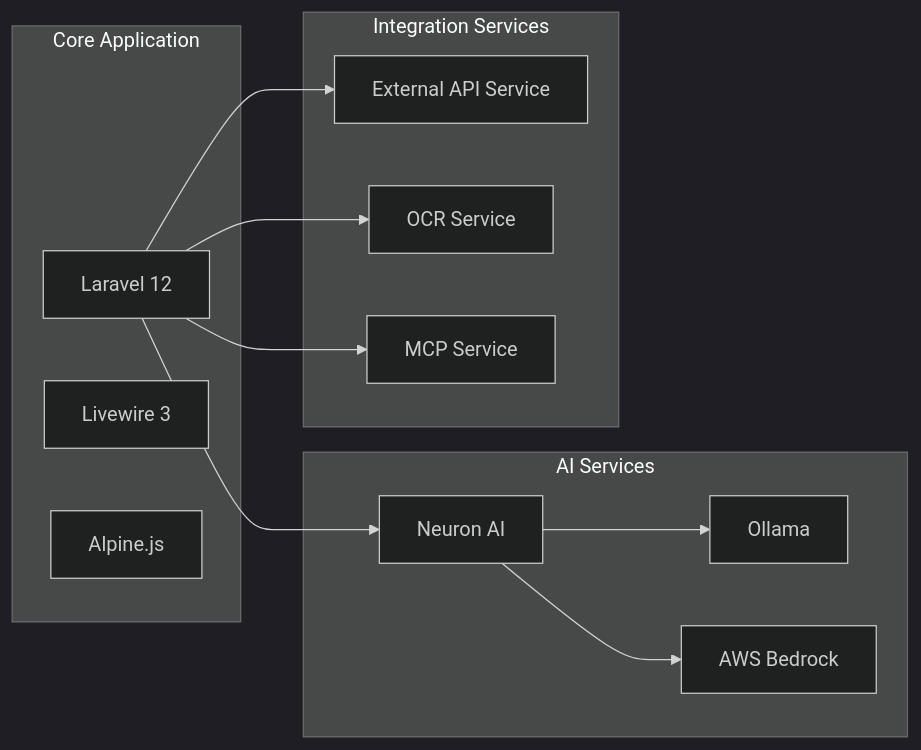
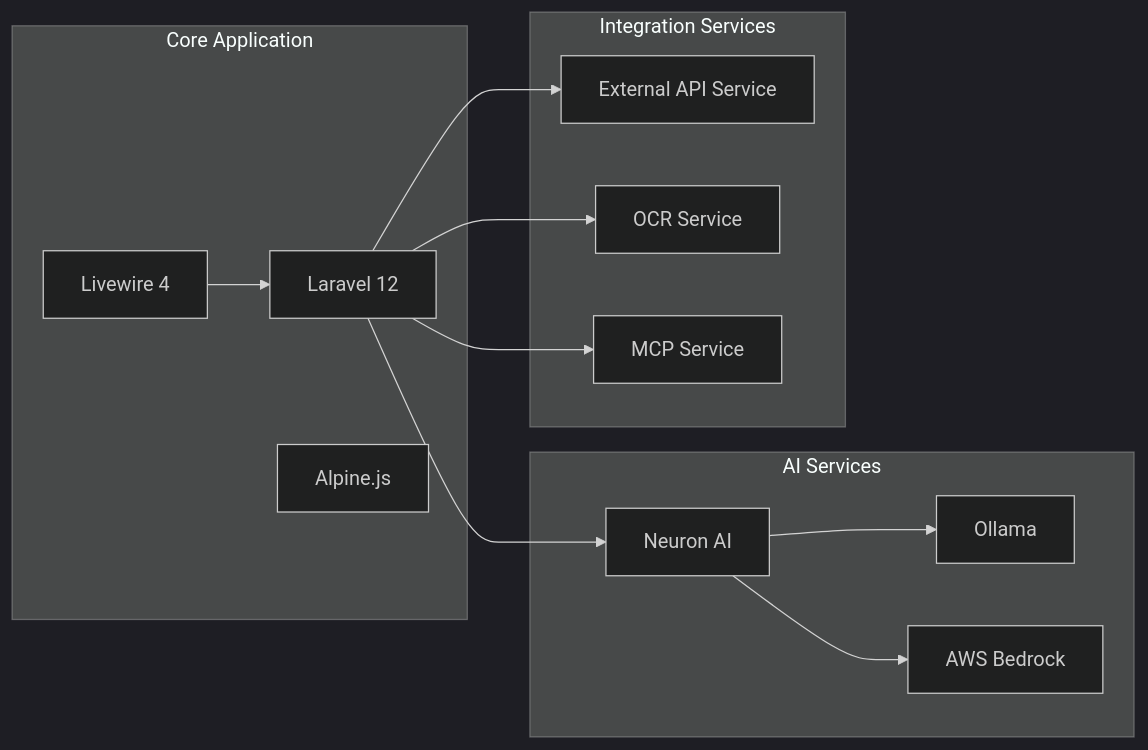
The second of 18 diagrams in docs/00-core-docs/007_SIP_Software_Integration_Plan.md (exatfrds67/umamusume-career-planner), drawn with Mermaid (dark theme) before and after one commit. The commit also changed other lines of this file and 1559 other files, not shown here.

````diff
--- a/docs/00-core-docs/007_SIP_Software_Integration_Plan.md
+++ b/docs/00-core-docs/007_SIP_Software_Integration_Plan.md
@@ -127,27 +127,28 @@
 ```mermaid
 flowchart LR
     subgraph Core["Core Application"]
         Laravel["Laravel 12"]
-        Livewire3["Livewire 3"]
+        Livewire4["Livewire 4"]
         AlpineJS["Alpine.js"]
     end
 
     subgraph AILayer["AI Services"]
         NeuronAI["Neuron AI"]
         Ollama["Ollama"]
         Bedrock["AWS Bedrock"]
     end
 
     subgraph Integration["Integration Services"]
         ExternalAPI["External API Service"]
         OCRService["OCR Service"]
         MCPService["MCP Service"]
     end
 
     Laravel --> NeuronAI
     Laravel --> ExternalAPI
     Laravel --> OCRService
     Laravel --> MCPService
+    Livewire4 --> Laravel
     NeuronAI --> Ollama
     NeuronAI --> Bedrock
 ```
````
